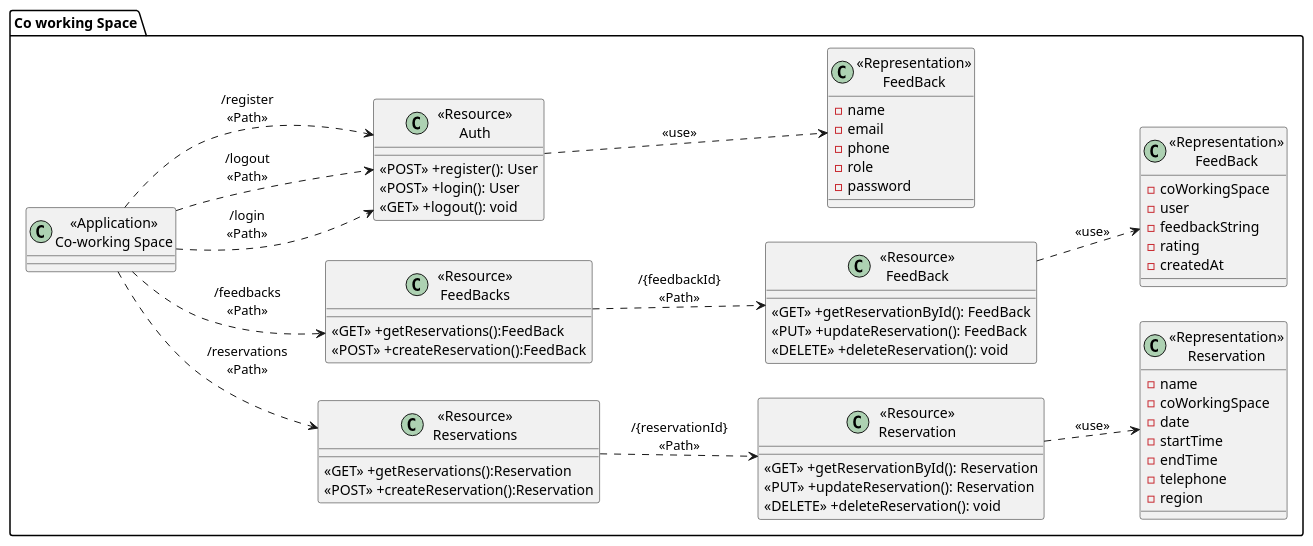
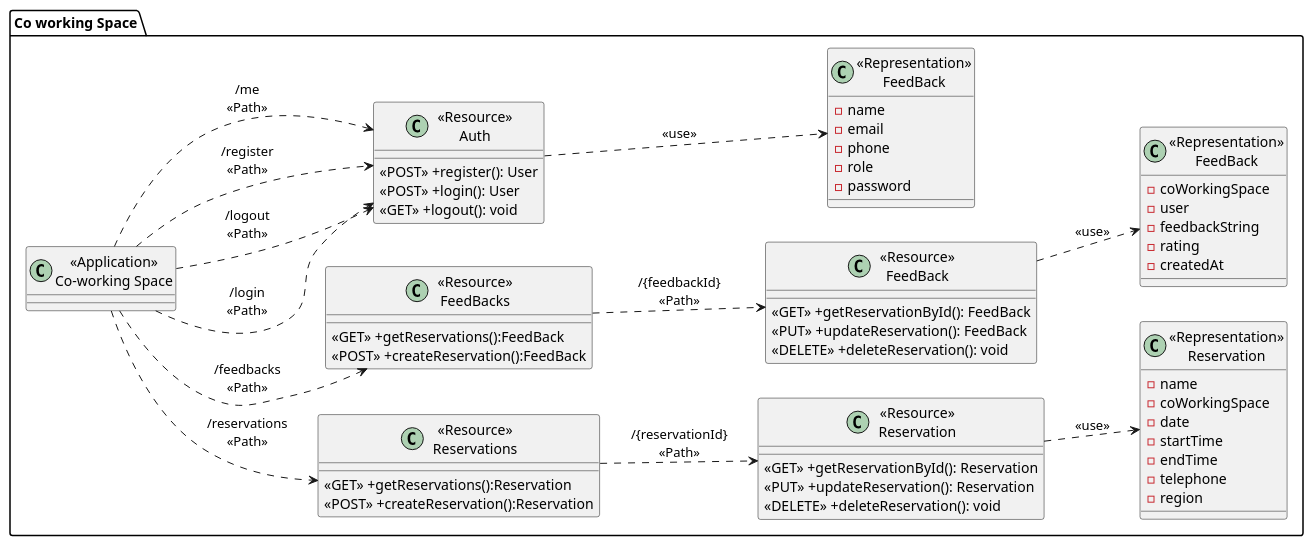
One commit to GavinITP/co-working-space-reservation changed the diagram in uml/coWorking_ClassDiagram.puml. Above: the diagram before and after it, drawn with PlantUML.

Commit message:
fix: fix sequence diagram

```diff
--- a/uml/coWorking_ClassDiagram.puml
+++ b/uml/coWorking_ClassDiagram.puml
@@ -1,75 +1,76 @@
 @startuml Co-working Class Diagram
 left to right direction
 package "Co working Space"{
     class "<<Application>>\nCo-working Space" as CoWorkingService{}
 
     class "<<Resource>>\nReservations" as ResourceReservations{
         <<GET>> +getReservations():Reservation
         <<POST>> +createReservation():Reservation
     }
 
     class "<<Resource>>\nReservation" as ResourceReservation {
         <<GET>> +getReservationById(): Reservation
         <<PUT>> +updateReservation(): Reservation
         <<DELETE>> +deleteReservation(): void
     }
 
     class "<<Representation>>\nReservation" as RepresentationReservation {
         -name
         -coWorkingSpace
         -date
         -startTime
         -endTime
         -telephone
         -region
     }
 
     class "<<Resource>>\nFeedBacks" as ResourceFeedBacks{
         <<GET>> +getReservations():FeedBack
         <<POST>> +createReservation():FeedBack
     }
 
     class "<<Resource>>\nFeedBack" as ResourceFeedBack {
         <<GET>> +getReservationById(): FeedBack
         <<PUT>> +updateReservation(): FeedBack
         <<DELETE>> +deleteReservation(): void
     }
 
     class "<<Representation>>\nFeedBack" as RepresentationFeedBack {
         -coWorkingSpace
         -user
         -feedbackString
         -rating
         -createdAt
     }
 
     class "<<Resource>>\nAuth" as ResourceAuth {
         <<POST>> +register(): User
         <<POST>> +login(): User
         <<GET>> +logout(): void
     }
 
     class "<<Representation>>\nFeedBack" as RepresentationAuth {
         -name
         -email
         -phone
         -role
         -password
     }
 
 }
 
 CoWorkingService ..> ResourceReservations:"/reservations\n<<Path>>"
 ResourceReservations ..> ResourceReservation: "/{reservationId}\n<<Path>>"
 ResourceReservation ..> RepresentationReservation: "<<use>>"
 
 CoWorkingService ..> ResourceFeedBacks:"/feedbacks\n<<Path>>"
 ResourceFeedBacks ..> ResourceFeedBack: "/{feedbackId}\n<<Path>>"
 ResourceFeedBack ..> RepresentationFeedBack: "<<use>>"
 
 CoWorkingService ..> ResourceAuth:"/login\n<<Path>>"
 CoWorkingService ..> ResourceAuth:"/logout\n<<Path>>"
 CoWorkingService ..> ResourceAuth:"/register\n<<Path>>"
+CoWorkingService ..> ResourceAuth:"/me\n<<Path>>"
 ResourceAuth ..> RepresentationAuth: "<<use>>"
 
 @enduml
```
